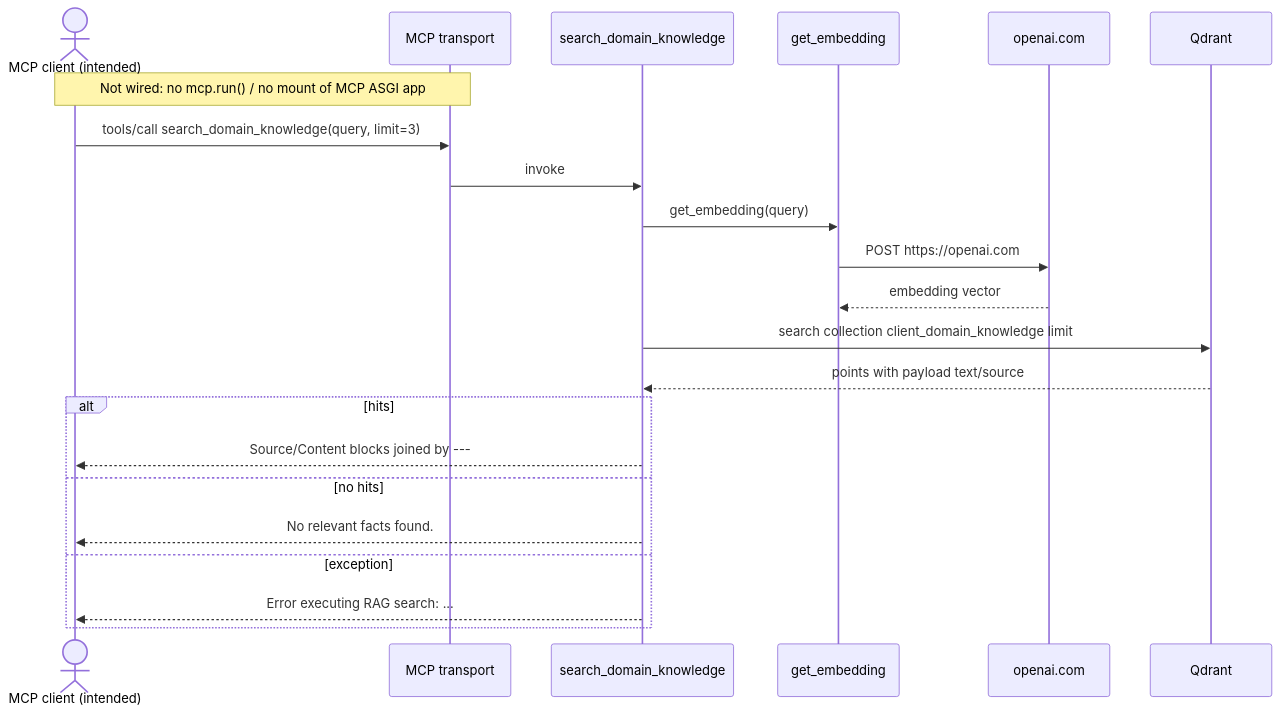
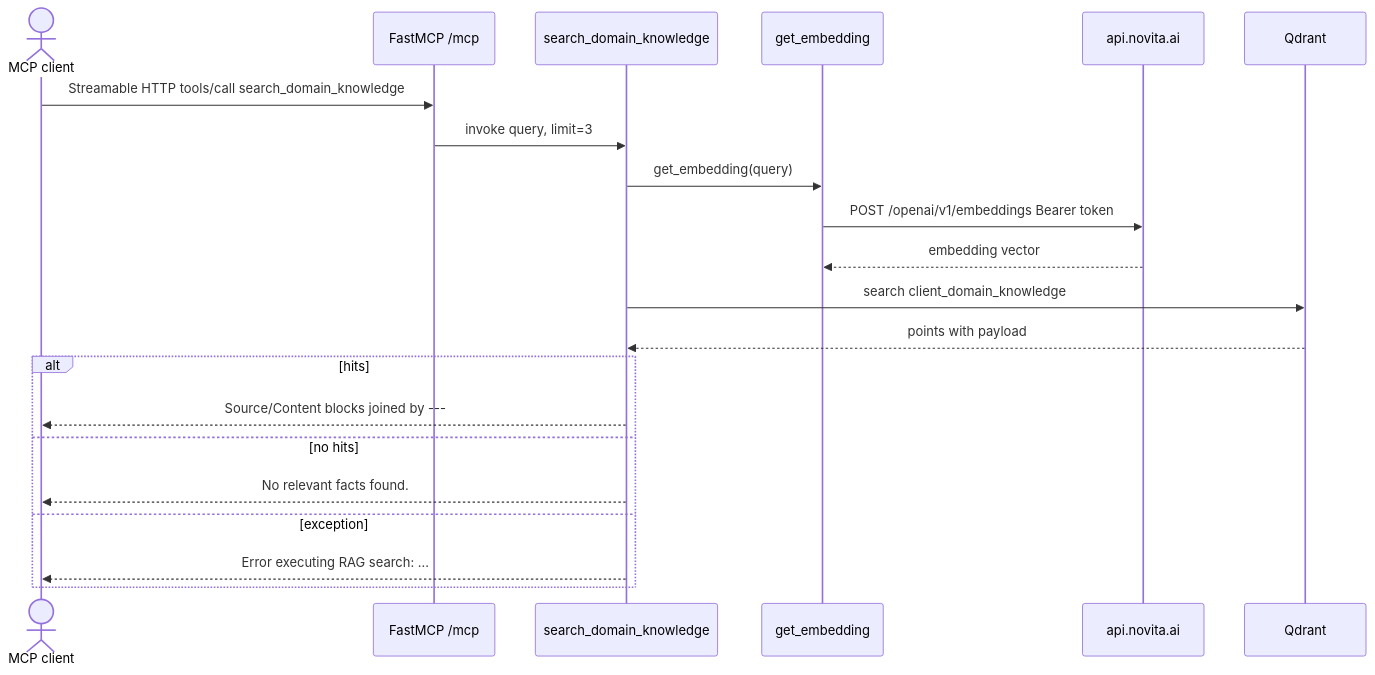
The fourth of 4 diagrams in docs/ARCHITECTURE.md (mkrejp/fastmcp-rag-timer), drawn with Mermaid before and after one commit. The commit also changed other lines of this file and 7 other files, not shown here.

First line of the commit message:
Rewrite architecture docs to match the current Novita RAG stack.

````diff
--- a/docs/ARCHITECTURE.md
+++ b/docs/ARCHITECTURE.md
@@ -211,25 +237,24 @@
 ```mermaid
 sequenceDiagram
-  actor Agent as MCP client (intended)
-  participant Transport as MCP transport
+  actor Agent as MCP client
+  participant MCP as FastMCP /mcp
   participant Tool as search_domain_knowledge
   participant Embed as get_embedding
-  participant OpenAI as openai.com
+  participant Novita as api.novita.ai
   participant Qdrant
 
-  Note over Agent,Transport: Not wired: no mcp.run() / no mount of MCP ASGI app
-  Agent->>Transport: tools/call search_domain_knowledge(query, limit=3)
-  Transport->>Tool: invoke
+  Agent->>MCP: Streamable HTTP tools/call search_domain_knowledge
+  MCP->>Tool: invoke query, limit=3
   Tool->>Embed: get_embedding(query)
-  Embed->>OpenAI: POST https://openai.com
-  OpenAI-->>Embed: embedding vector
-  Tool->>Qdrant: search collection client_domain_knowledge limit
-  Qdrant-->>Tool: points with payload text/source
+  Embed->>Novita: POST /openai/v1/embeddings Bearer token
+  Novita-->>Embed: embedding vector
+  Tool->>Qdrant: search client_domain_knowledge
+  Qdrant-->>Tool: points with payload
   alt hits
     Tool-->>Agent: Source/Content blocks joined by ---
   else no hits
     Tool-->>Agent: No relevant facts found.
   else exception
     Tool-->>Agent: Error executing RAG search: ...
   end
 ```
````
